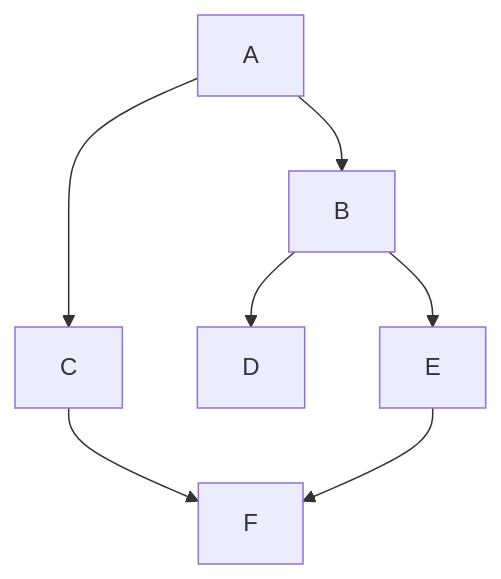
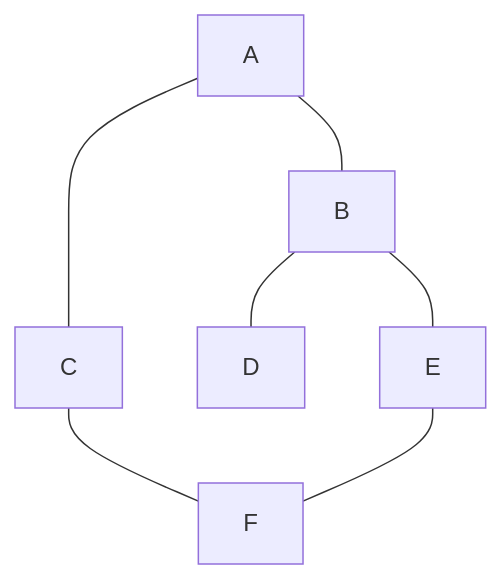
One commit to jkorichneva/cavemaps changed the first of 5 diagrams in snippets/unweighted_paths/bfs_graphs_mermaid.md. Above: the diagram before and after it, drawn with Mermaid. The commit also changed other lines of this file and 1 other file, not shown here.

Commit message:
Remove direction from mermaid diagrams

````diff
--- a/snippets/unweighted_paths/bfs_graphs_mermaid.md
+++ b/snippets/unweighted_paths/bfs_graphs_mermaid.md
@@ -4,9 +4,9 @@
 ```mermaid
 graph TD
-    A --> B
-    A --> C
-    B --> D
-    B --> E
-    C --> F
-    E --> F
+    A --- B
+    A --- C
+    B --- D
+    B --- E
+    C --- F
+    E --- F
 ```
````
